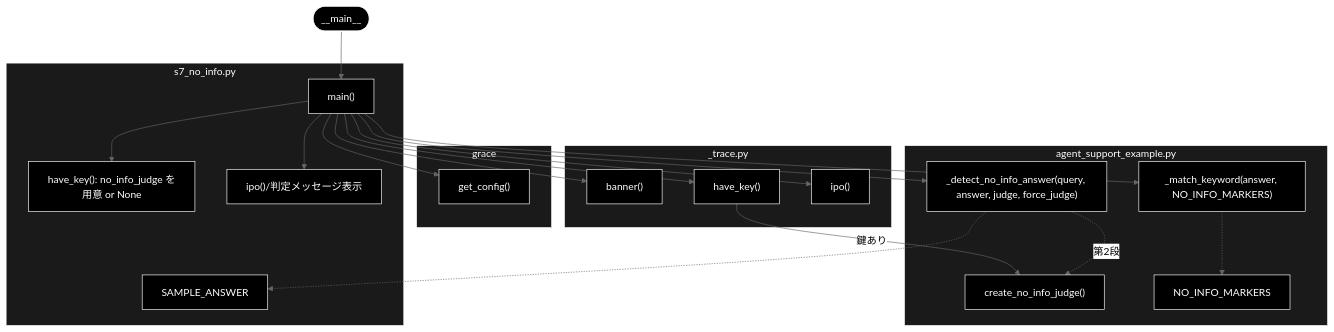
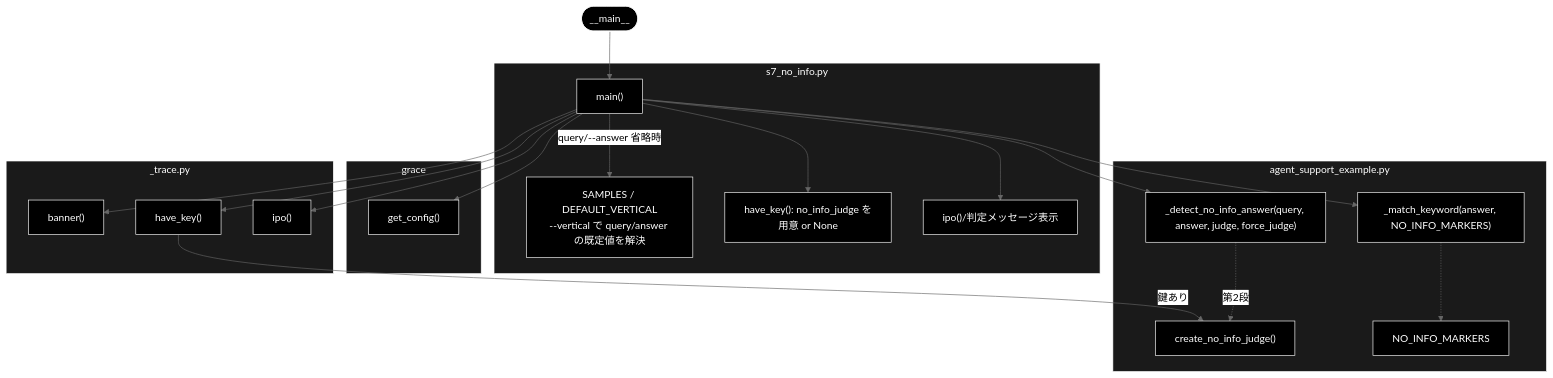
One commit to nakashima2toshio/anthropic_grace_agent_v2 changed the second of 2 diagrams in grace/step_trace/docs/s7_no_info.md. Above: the diagram before and after it, drawn with Mermaid (neutral theme). The commit also changed other lines of this file and 8 other files, not shown here.

First line of the commit message:
Improve step_trace S0-S9 stubs and docs: unify CLI, add vertical samples

````diff
--- a/grace/step_trace/docs/s7_no_info.md
+++ b/grace/step_trace/docs/s7_no_info.md
@@ -110,44 +124,44 @@
 ```mermaid
 flowchart TB
     ENTRY(["__main__"])
     subgraph MOD_S7["s7_no_info.py"]
         MAIN["main()"]
+        SAMP["SAMPLES / DEFAULT_VERTICAL<br>--vertical で query/answer の既定値を解決"]
         NK["have_key(): no_info_judge を用意 or None"]
-        SA["SAMPLE_ANSWER"]
         OUTP["ipo()/判定メッセージ表示"]
     end
     subgraph MOD_TRACE["_trace.py"]
         BAN["banner()"]
         HK["have_key()"]
         IPO["ipo()"]
     end
     subgraph MOD_GRACE["grace"]
         CFG["get_config()"]
     end
     subgraph MOD_ASE["agent_support_example.py"]
         CNJ["create_no_info_judge()"]
         MK["_match_keyword(answer, NO_INFO_MARKERS)"]
         NM["NO_INFO_MARKERS"]
         DET["_detect_no_info_answer(query, answer, judge, force_judge)"]
     end
     ENTRY --> MAIN
+    MAIN -->|"query/--answer 省略時"| SAMP
     MAIN --> BAN
     MAIN --> CFG
     MAIN --> HK
     HK -->|"鍵あり"| CNJ
     MAIN --> NK
     MAIN --> MK
     MK -.-> NM
     MAIN --> DET
     DET -.->|"第2段"| CNJ
-    DET -.-> SA
     MAIN --> IPO
     MAIN --> OUTP
 classDef default fill:#000,stroke:#fff,color:#fff
 classDef subgraphStyle fill:#1a1a1a,stroke:#fff,color:#fff
-class ENTRY,MAIN,NK,SA,OUTP,BAN,HK,IPO,CFG,CNJ,MK,NM,DET default
+class ENTRY,MAIN,SAMP,NK,OUTP,BAN,HK,IPO,CFG,CNJ,MK,NM,DET default
 style MOD_S7 fill:#1a1a1a,stroke:#fff,color:#fff
 style MOD_TRACE fill:#1a1a1a,stroke:#fff,color:#fff
 style MOD_GRACE fill:#1a1a1a,stroke:#fff,color:#fff
 style MOD_ASE fill:#1a1a1a,stroke:#fff,color:#fff
 ```
````
